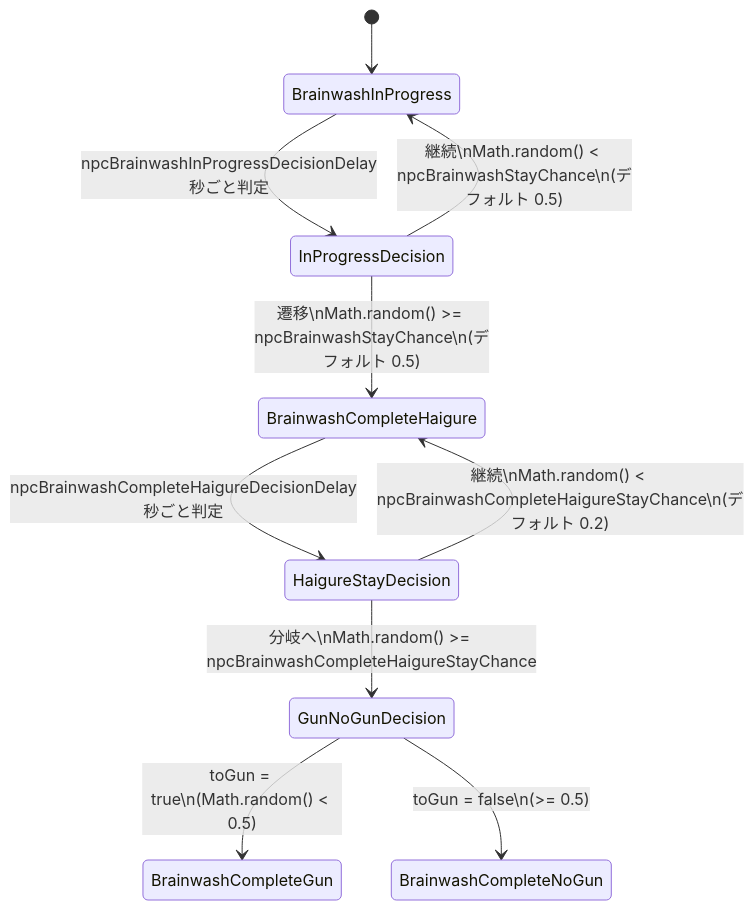
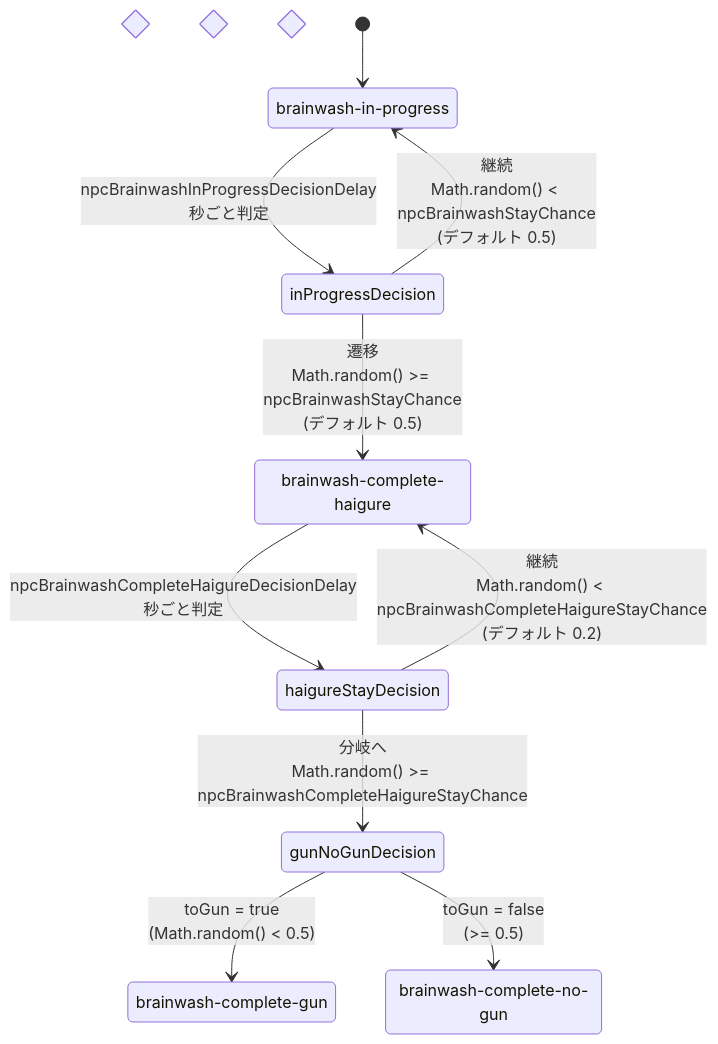
The diagram in README.md (catoriinu/haigure_survival), drawn with Mermaid before and after one commit.

Commit message:
fix: 洗脳状態遷移図の状態名を日本語に変更し、可読性を向上

````diff
--- a/README.md
+++ b/README.md
@@ -159,17 +159,23 @@
 ```mermaid
 stateDiagram-v2
-    [*] --> BrainwashInProgress
+    state "brainwash-in-progress" as brainwashInProgress
+    state "brainwash-complete-haigure" as brainwashCompleteHaigure
+    state "brainwash-complete-gun" as brainwashCompleteGun
+    state "brainwash-complete-no-gun" as brainwashCompleteNoGun
 
-    BrainwashInProgress --> InProgressDecision: npcBrainwashInProgressDecisionDelay秒ごと判定
-    state InProgressDecision <<choice>>
-    InProgressDecision --> BrainwashInProgress: 継続\nMath.random() < npcBrainwashStayChance\n(デフォルト 0.5)
-    InProgressDecision --> BrainwashCompleteHaigure: 遷移\nMath.random() >= npcBrainwashStayChance\n(デフォルト 0.5)
+    state "洗脳進行中からの遷移判定" as inProgressDecision <<choice>>
+    state "洗脳完了を継続するかの判定" as haigureStayDecision <<choice>>
+    state "銃持ちまたは銃なしへの遷移判定" as gunNoGunDecision <<choice>>
 
-    BrainwashCompleteHaigure --> HaigureStayDecision: npcBrainwashCompleteHaigureDecisionDelay秒ごと判定
-    state HaigureStayDecision <<choice>>
-    HaigureStayDecision --> BrainwashCompleteHaigure: 継続\nMath.random() < npcBrainwashCompleteHaigureStayChance\n(デフォルト 0.2)
-    HaigureStayDecision --> GunNoGunDecision: 分岐へ\nMath.random() >= npcBrainwashCompleteHaigureStayChance
-    state GunNoGunDecision <<choice>>
-    GunNoGunDecision --> BrainwashCompleteGun: toGun = true\n(Math.random() < 0.5)
-    GunNoGunDecision --> BrainwashCompleteNoGun: toGun = false\n(>= 0.5)
+    [*] --> brainwashInProgress
+
+    brainwashInProgress --> inProgressDecision: npcBrainwashInProgressDecisionDelay秒ごと判定
+    inProgressDecision --> brainwashInProgress: 継続<br/>Math.random() < npcBrainwashStayChance<br/>(デフォルト 0.5)
+    inProgressDecision --> brainwashCompleteHaigure: 遷移<br/>Math.random() >= npcBrainwashStayChance<br/>(デフォルト 0.5)
+
+    brainwashCompleteHaigure --> haigureStayDecision: npcBrainwashCompleteHaigureDecisionDelay秒ごと判定
+    haigureStayDecision --> brainwashCompleteHaigure: 継続<br/>Math.random() < npcBrainwashCompleteHaigureStayChance<br/>(デフォルト 0.2)
+    haigureStayDecision --> gunNoGunDecision: 分岐へ<br/>Math.random() >= npcBrainwashCompleteHaigureStayChance
+    gunNoGunDecision --> brainwashCompleteGun: toGun = true<br/>(Math.random() < 0.5)
+    gunNoGunDecision --> brainwashCompleteNoGun: toGun = false<br/>(>= 0.5)
 ```
````
